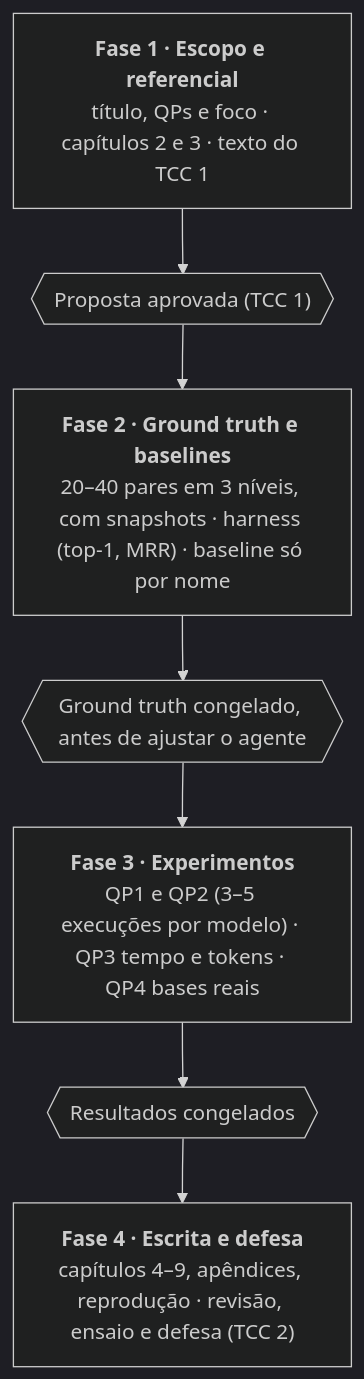
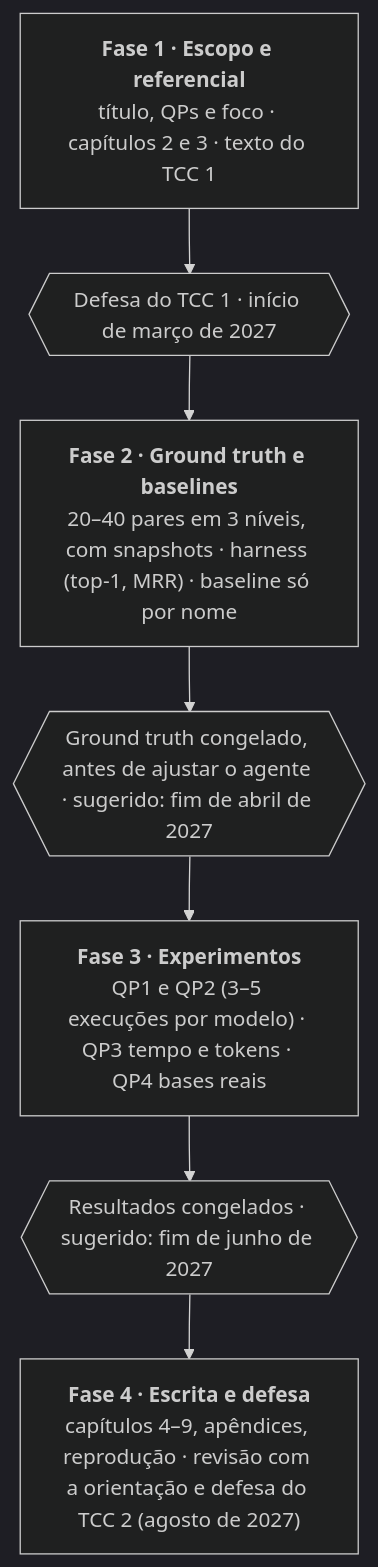
One commit to LuizaMaluf/Integracao-de-Dados-com-Modelos-de-Linguagem changed the second of 2 diagrams in docs/tcc/proposta.md. Above: the diagram before and after it, drawn with Mermaid (dark theme). The commit also changed other lines of this file, not shown here.

Commit message:
docs: orientação e calendário do TCC na proposta

````diff
--- a/docs/tcc/proposta.md
+++ b/docs/tcc/proposta.md
@@ -180,11 +182,11 @@
 ```mermaid
 flowchart TB
     F1["<b>Fase 1 · Escopo e referencial</b><br/>título, QPs e foco · capítulos 2 e 3 · texto do TCC 1"]
-    G1{{"Proposta aprovada (TCC 1)"}}
+    G1{{"Defesa do TCC 1 · início de março de 2027"}}
     F2["<b>Fase 2 · Ground truth e baselines</b><br/>20–40 pares em 3 níveis, com snapshots · harness (top-1, MRR) · baseline só por nome"]
-    G2{{"Ground truth congelado, antes de ajustar o agente"}}
+    G2{{"Ground truth congelado, antes de ajustar o agente · sugerido: fim de abril de 2027"}}
     F3["<b>Fase 3 · Experimentos</b><br/>QP1 e QP2 (3–5 execuções por modelo) · QP3 tempo e tokens · QP4 bases reais"]
-    G3{{"Resultados congelados"}}
-    F4["<b>Fase 4 · Escrita e defesa</b><br/>capítulos 4–9, apêndices, reprodução · revisão, ensaio e defesa (TCC 2)"]
+    G3{{"Resultados congelados · sugerido: fim de junho de 2027"}}
+    F4["<b>Fase 4 · Escrita e defesa</b><br/>capítulos 4–9, apêndices, reprodução · revisão com a orientação e defesa do TCC 2 (agosto de 2027)"]
     F1 --> G1 --> F2 --> G2 --> F3 --> G3 --> F4
 ```
````
